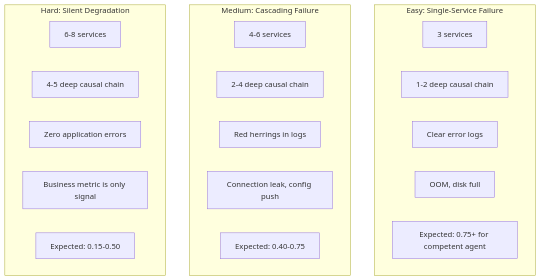
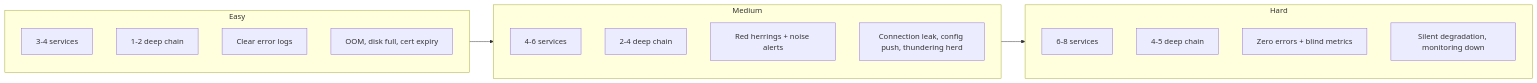
One commit to wildcraft958/incident_triage_env changed the sixth of 6 diagrams in docs/ARCHITECTURE.md. Above: the diagram before and after it, drawn with Mermaid. The commit also changed other lines of this file, not shown here.

Commit message:
fix Mermaid diagrams for GitHub rendering compatibility

````diff
--- a/docs/ARCHITECTURE.md
+++ b/docs/ARCHITECTURE.md
@@ -170,26 +151,25 @@
 ```mermaid
-graph TB
-    subgraph Easy["Easy: Single-Service Failure"]
-        E1["3 services"]
-        E2["1-2 deep causal chain"]
+flowchart LR
+    subgraph Easy["Easy"]
+        E1["3-4 services"]
+        E2["1-2 deep chain"]
         E3["Clear error logs"]
-        E4["OOM, disk full"]
-        E5["Expected: 0.75+ for competent agent"]
+        E4["OOM, disk full, cert expiry"]
     end
 
-    subgraph Medium["Medium: Cascading Failure"]
+    subgraph Medium["Medium"]
         M1["4-6 services"]
-        M2["2-4 deep causal chain"]
-        M3["Red herrings in logs"]
-        M4["Connection leak, config push"]
-        M5["Expected: 0.40-0.75"]
+        M2["2-4 deep chain"]
+        M3["Red herrings + noise alerts"]
+        M4["Connection leak, config push, thundering herd"]
     end
 
-    subgraph Hard["Hard: Silent Degradation"]
+    subgraph Hard["Hard"]
         H1["6-8 services"]
-        H2["4-5 deep causal chain"]
-        H3["Zero application errors"]
-        H4["Business metric is only signal"]
-        H5["Expected: 0.15-0.50"]
+        H2["4-5 deep chain"]
+        H3["Zero errors + blind metrics"]
+        H4["Silent degradation, monitoring down"]
     end
+
+    Easy --> Medium --> Hard
 ```
````
